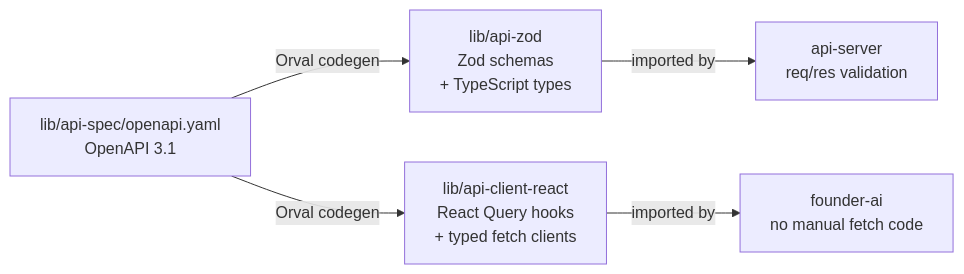
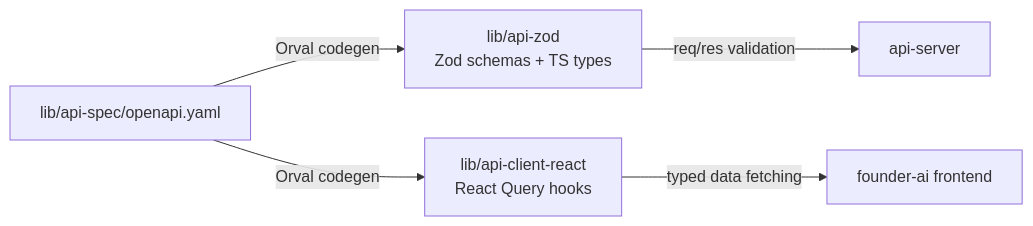
The sixth of 6 diagrams in README.md (muhammad-hameed-ai/FounderAI), drawn with Mermaid before and after one commit. The commit also changed other lines of this file, not shown here.

````diff
--- a/README.md
+++ b/README.md
@@ -919,7 +773,7 @@
 ```mermaid
 flowchart LR
-    SPEC[lib/api-spec/openapi.yaml\nOpenAPI 3.1] -->|Orval codegen| ZOD[lib/api-zod\nZod schemas\n+ TypeScript types]
-    SPEC -->|Orval codegen| RQ[lib/api-client-react\nReact Query hooks\n+ typed fetch clients]
-    ZOD -->|imported by| API[api-server\nreq/res validation]
-    RQ -->|imported by| FE[founder-ai\nno manual fetch code]
+    SPEC["lib/api-spec/openapi.yaml"] -->|Orval codegen| ZOD["lib/api-zod\nZod schemas + TS types"]
+    SPEC -->|Orval codegen| RQ["lib/api-client-react\nReact Query hooks"]
+    ZOD -->|req/res validation| API["api-server"]
+    RQ -->|typed data fetching| FE["founder-ai frontend"]
 ```
````
